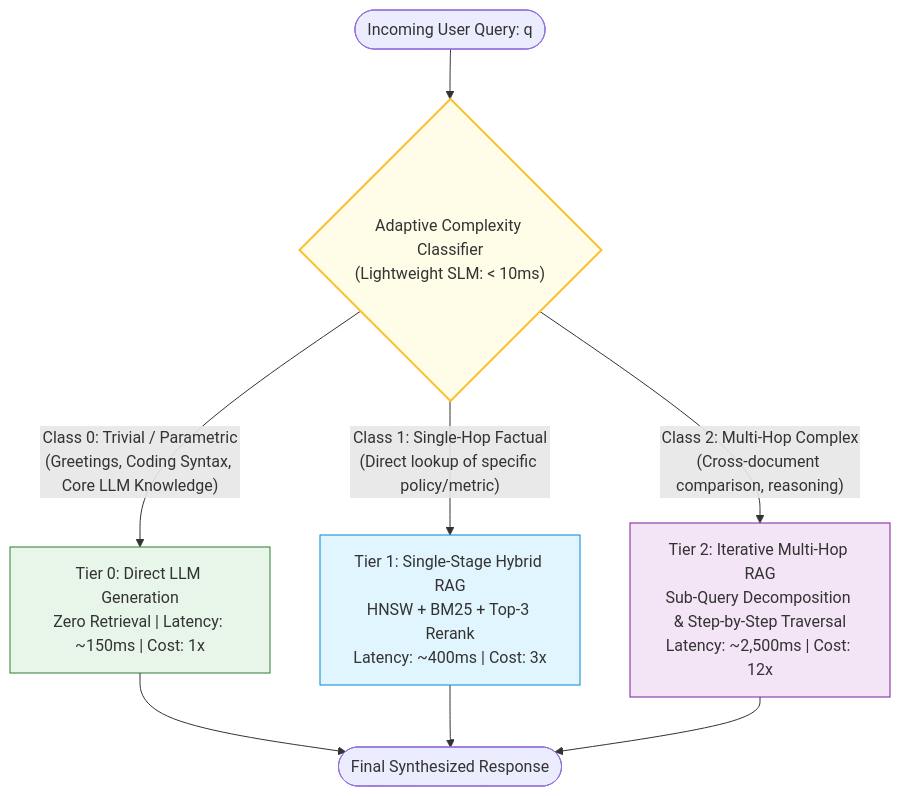
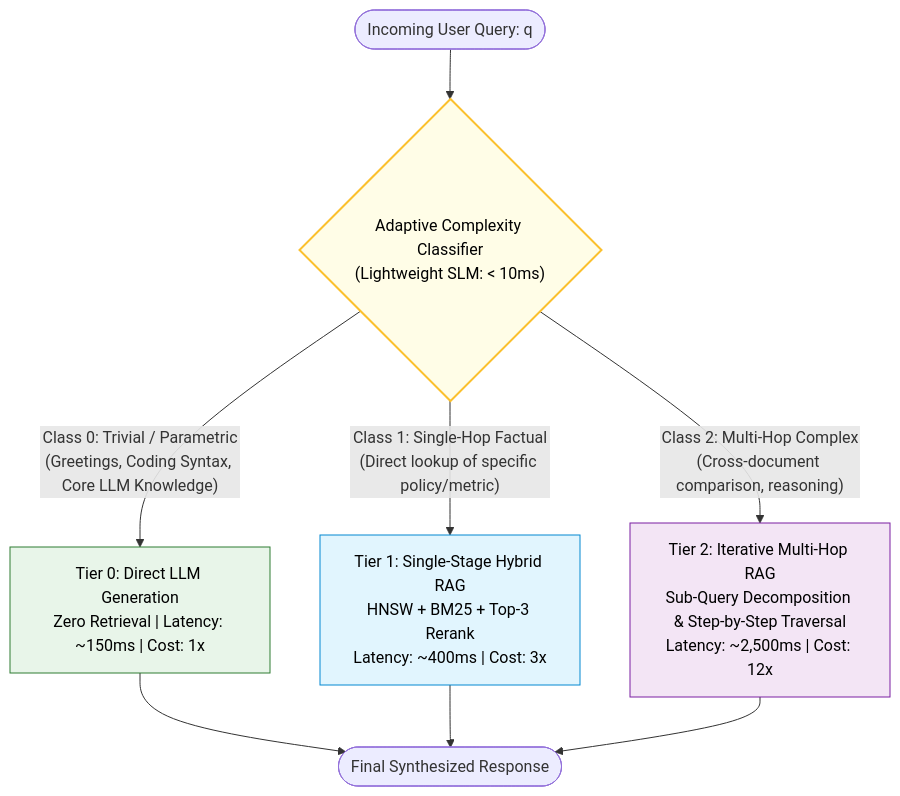
The first of 5 diagrams in 06-Advanced-RAG/Adaptive-RAG.md (swapnil3104/RAG-Engineering), drawn with Mermaid before and after one commit. The commit also changed other lines of this file and 108 other files, not shown here.

Commit message:
fix: make chart text visible across all Mermaid diagrams and resolve markdown table formatting issues

````diff
--- a/06-Advanced-RAG/Adaptive-RAG.md
+++ b/06-Advanced-RAG/Adaptive-RAG.md
@@ -30,19 +30,19 @@
 ```mermaid
 flowchart TD
     UserQuery([Incoming User Query: q]) --> Router{"Adaptive Complexity Classifier<br/>(Lightweight SLM: < 10ms)"}
 
     Router -->|"Class 0: Trivial / Parametric<br/>(Greetings, Coding Syntax, Core LLM Knowledge)"| Tier0["Tier 0: Direct LLM Generation<br/>Zero Retrieval | Latency: ~150ms | Cost: 1x"]
 
     Router -->|"Class 1: Single-Hop Factual<br/>(Direct lookup of specific policy/metric)"| Tier1["Tier 1: Single-Stage Hybrid RAG<br/>HNSW + BM25 + Top-3 Rerank<br/>Latency: ~400ms | Cost: 3x"]
 
     Router -->|"Class 2: Multi-Hop Complex<br/>(Cross-document comparison, reasoning)"| Tier2["Tier 2: Iterative Multi-Hop RAG<br/>Sub-Query Decomposition & Step-by-Step Traversal<br/>Latency: ~2,500ms | Cost: 12x"]
 
     Tier0 --> Response([Final Synthesized Response])
     Tier1 --> Response
     Tier2 --> Response
 
-    style Router fill:#fffde7,stroke:#fbc02d,stroke-width:2px
-    style Tier0 fill:#e8f5e9,stroke:#2e7d32,stroke-width:1px
-    style Tier1 fill:#e1f5fe,stroke:#0288d1,stroke-width:1px
-    style Tier2 fill:#f3e5f5,stroke:#7b1fa2,stroke-width:1px
+    style Router fill:#fffde7,stroke:#fbc02d,stroke-width:2px,color:#000000
+    style Tier0 fill:#e8f5e9,stroke:#2e7d32,stroke-width:1px,color:#000000
+    style Tier1 fill:#e1f5fe,stroke:#0288d1,stroke-width:1px,color:#000000
+    style Tier2 fill:#f3e5f5,stroke:#7b1fa2,stroke-width:1px,color:#000000
 ```
````
